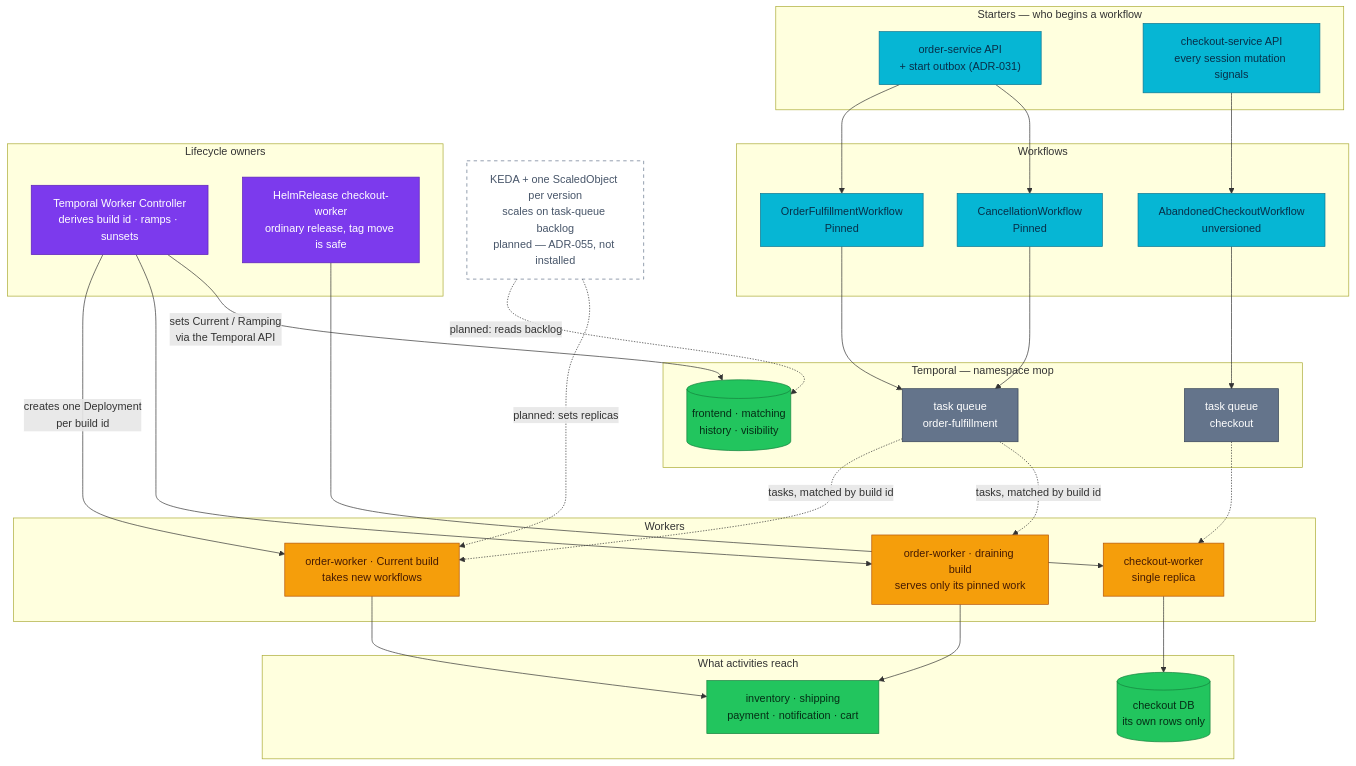
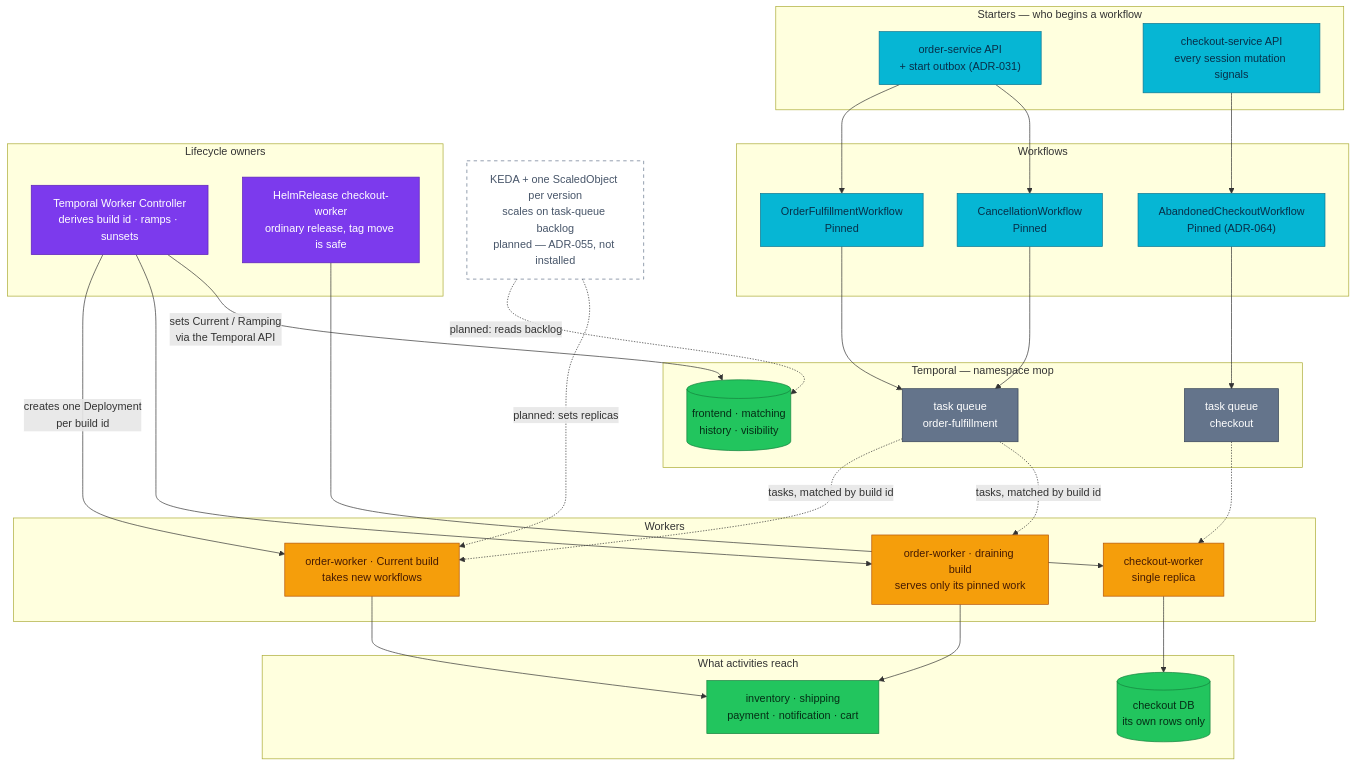
Before and after one commit to duynhlab/homelab: the diagram in docs/api/workflows.md, drawn with Mermaid. The commit also changed other lines of this file and 35 other files, not shown here.

````diff
--- a/docs/api/workflows.md
+++ b/docs/api/workflows.md
@@ -30,72 +30,72 @@
 ```mermaid
 flowchart TD
   subgraph starters["Starters — who begins a workflow"]
     OAPI["order-service API<br/>+ start outbox (ADR-031)"]
     CAPI["checkout-service API<br/>every session mutation signals"]
   end
 
   subgraph wf["Workflows"]
     OFW["OrderFulfillmentWorkflow<br/>Pinned"]
     CW["CancellationWorkflow<br/>Pinned"]
-    ACW["AbandonedCheckoutWorkflow<br/>unversioned"]
+    ACW["AbandonedCheckoutWorkflow<br/>Pinned (ADR-064)"]
   end
 
   subgraph srv["Temporal — namespace mop"]
     TS[("frontend · matching<br/>history · visibility")]
     QF["task queue<br/>order-fulfillment"]
     QC["task queue<br/>checkout"]
   end
 
   subgraph ctl["Lifecycle owners"]
     WC["Temporal Worker Controller<br/>derives build id · ramps · sunsets"]
     HR["HelmRelease checkout-worker<br/>ordinary release, tag move is safe"]
   end
 
   subgraph run["Workers"]
     OWc["order-worker · Current build<br/>takes new workflows"]
     OWd["order-worker · draining build<br/>serves only its pinned work"]
     CKW["checkout-worker<br/>single replica"]
   end
 
   subgraph down["What activities reach"]
     DS["inventory · shipping<br/>payment · notification · cart"]
     CDB[("checkout DB<br/>its own rows only")]
   end
 
   KEDA["KEDA + one ScaledObject per version<br/>scales on task-queue backlog<br/>planned — ADR-055, not installed"]
 
   OAPI --> OFW
   OAPI --> CW
   CAPI --> ACW
   OFW --> QF
   CW --> QF
   ACW --> QC
   QF -.->|"tasks, matched by build id"| OWc
   QF -.->|"tasks, matched by build id"| OWd
   QC -.-> CKW
 
   WC -->|"creates one Deployment<br/>per build id"| OWc
   WC --> OWd
   WC -->|"sets Current / Ramping<br/>via the Temporal API"| TS
   HR --> CKW
 
   OWc --> DS
   OWd --> DS
   CKW --> CDB
 
   KEDA -.->|"planned: reads backlog"| TS
   KEDA -.->|"planned: sets replicas"| OWc
 
   classDef service fill:#06b6d4,color:#082f49,stroke:#0e7490;
   classDef worker fill:#f59e0b,color:#451a03,stroke:#b45309;
   classDef platform fill:#7c3aed,color:#fff,stroke:#5b21b6;
   classDef data fill:#22c55e,color:#052e16,stroke:#15803d;
   classDef external fill:#64748b,color:#fff,stroke:#334155;
   classDef planned fill:#fff,color:#475569,stroke:#64748b,stroke-dasharray:5 5;
   class OAPI,CAPI,OFW,CW,ACW service
   class OWc,OWd,CKW worker
   class WC,HR platform
   class TS,DS,CDB data
   class QF,QC external
   class KEDA planned
 ```
````
